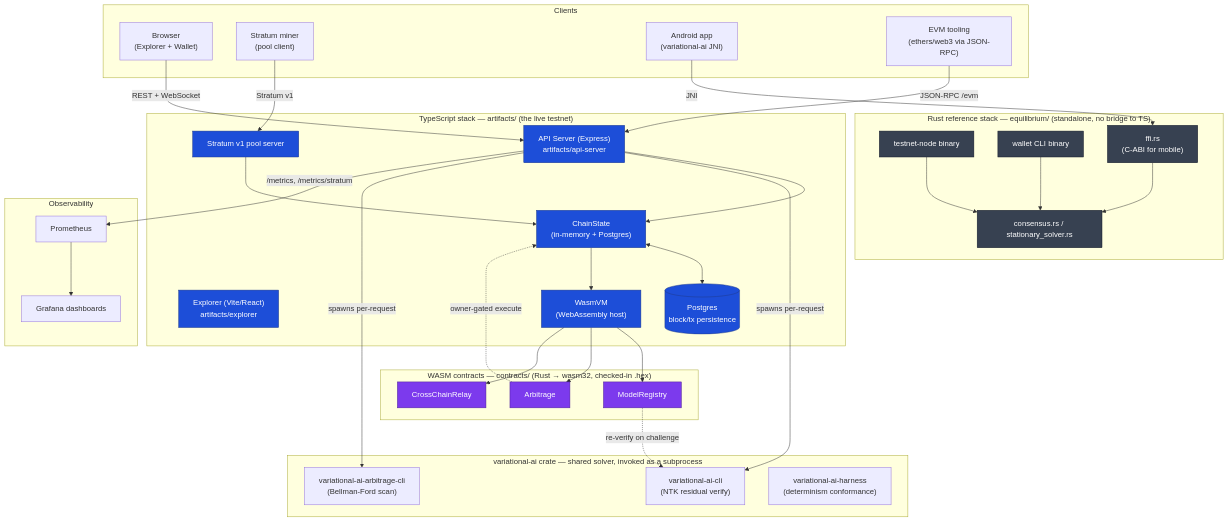
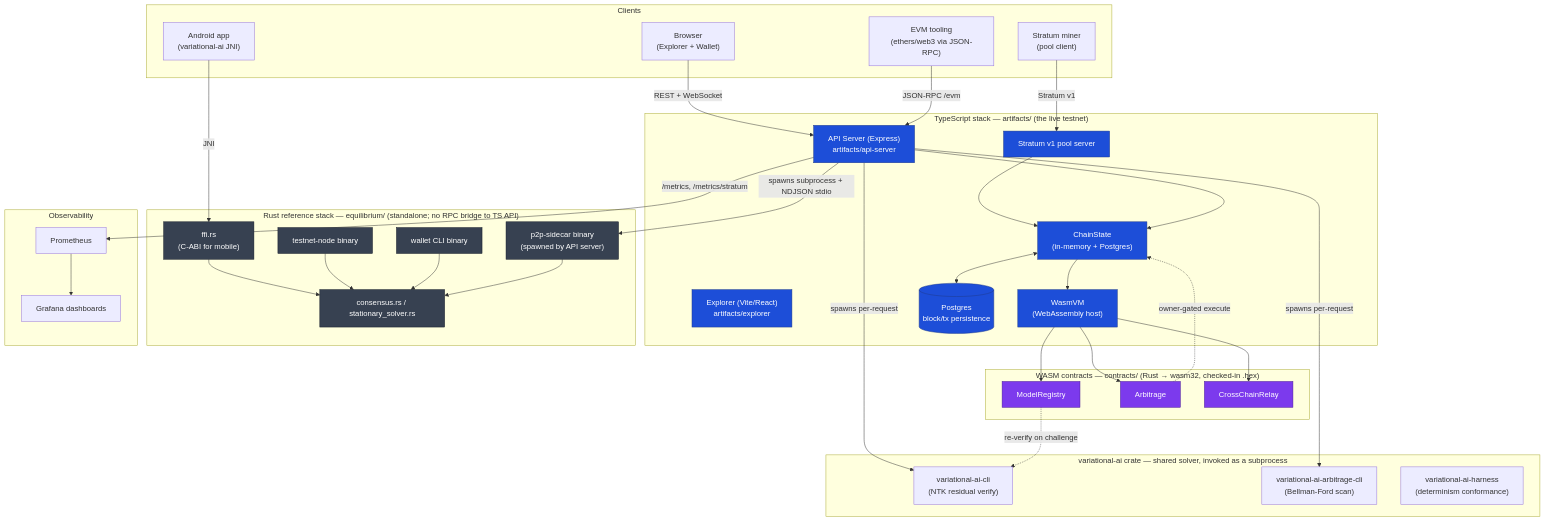
One commit to CreoDAMO/Equilibrium-Vision changed the diagram in docs/architecture.md. Above: the diagram before and after it, drawn with Mermaid. The commit also changed other lines of this file and 6 other files, not shown here.

First line of the commit message:
Update documentation across project and architecture files

````diff
--- a/docs/architecture.md
+++ b/docs/architecture.md
@@ -7,74 +7,77 @@
 ```mermaid
 flowchart TB
     subgraph Client["Clients"]
         Browser["Browser<br/>(Explorer + Wallet)"]
         Miner["Stratum miner<br/>(pool client)"]
         Mobile["Android app<br/>(variational-ai JNI)"]
         EVMTool["EVM tooling<br/>(ethers/web3 via JSON-RPC)"]
     end
 
     subgraph TS["TypeScript stack — artifacts/ (the live testnet)"]
         Explorer["Explorer (Vite/React)<br/>artifacts/explorer"]
         API["API Server (Express)<br/>artifacts/api-server"]
         ChainState["ChainState<br/>(in-memory + Postgres)"]
         WasmVM["WasmVM<br/>(WebAssembly host)"]
         Stratum["Stratum v1 pool server"]
         Postgres[("Postgres<br/>block/tx persistence")]
     end
 
     subgraph Contracts["WASM contracts — contracts/ (Rust → wasm32, checked-in .hex)"]
         ModelRegistry["ModelRegistry"]
         Arbitrage["Arbitrage"]
         CrossChainRelay["CrossChainRelay"]
     end
 
-    subgraph Rust["Rust reference stack — equilibrium/ (standalone, no bridge to TS)"]
+    subgraph Rust["Rust reference stack — equilibrium/ (standalone; no RPC bridge to TS API)"]
         TestnetNode["testnet-node binary"]
         WalletCLI["wallet CLI binary"]
         Consensus["consensus.rs / stationary_solver.rs"]
         FFI["ffi.rs<br/>(C-ABI for mobile)"]
+        P2PSidecar["p2p-sidecar binary<br/>(spawned by API server)"]
     end
 
     subgraph VAI["variational-ai crate — shared solver, invoked as a subprocess"]
         CLI["variational-ai-cli<br/>(NTK residual verify)"]
         ArbCLI["variational-ai-arbitrage-cli<br/>(Bellman-Ford scan)"]
         Harness["variational-ai-harness<br/>(determinism conformance)"]
     end
 
     subgraph Ops["Observability"]
         Prometheus["Prometheus"]
         Grafana["Grafana dashboards"]
     end
 
     Browser -->|REST + WebSocket| API
     EVMTool -->|JSON-RPC /evm| API
     Miner -->|Stratum v1| Stratum
     Stratum --> ChainState
     Mobile -->|JNI| FFI
     FFI --> Consensus
 
     API --> ChainState
     ChainState <--> Postgres
     ChainState --> WasmVM
     WasmVM --> ModelRegistry
     WasmVM --> Arbitrage
     WasmVM --> CrossChainRelay
     Arbitrage -.->|owner-gated execute| ChainState
 
     API -->|spawns per-request| CLI
     API -->|spawns per-request| ArbCLI
+    API -->|spawns subprocess + NDJSON stdio| P2PSidecar
     ModelRegistry -.->|re-verify on challenge| CLI
 
     TestnetNode --> Consensus
     WalletCLI --> Consensus
+    P2PSidecar --> Consensus
 
     API -->|/metrics, /metrics/stratum| Prometheus
     Prometheus --> Grafana
 
     classDef live fill:#1d4ed8,color:#fff,stroke:#1e3a8a;
     classDef ref fill:#374151,color:#fff,stroke:#111827;
     classDef contract fill:#7c3aed,color:#fff,stroke:#4c1d95;
     class Explorer,API,ChainState,WasmVM,Stratum,Postgres live;
-    class TestnetNode,WalletCLI,Consensus,FFI ref;
+    class TestnetNode,WalletCLI,Consensus,FFI,P2PSidecar ref;
     class ModelRegistry,Arbitrage,CrossChainRelay contract;
 ```
````
